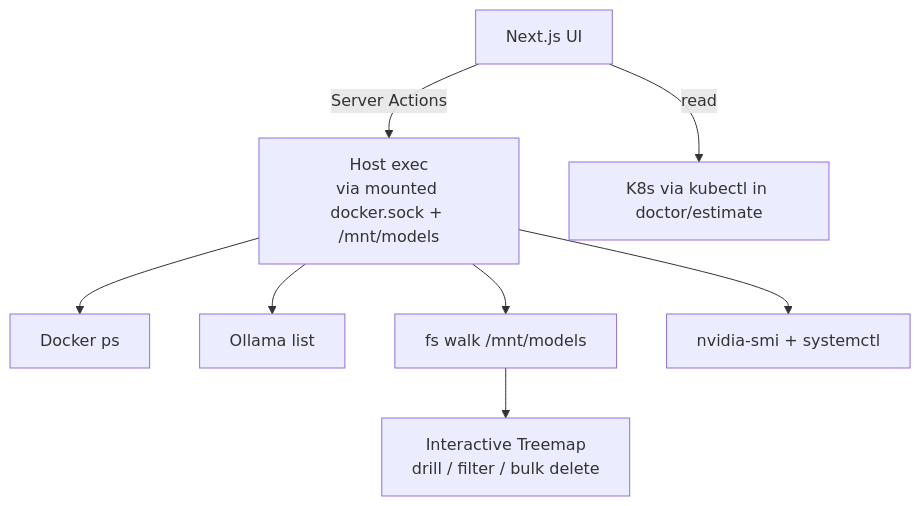
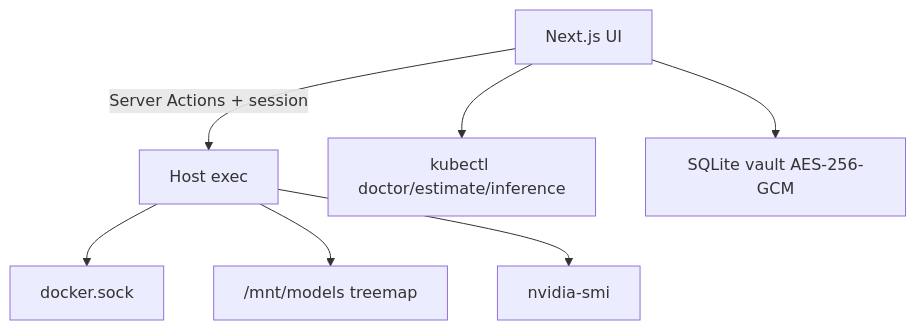
The fourth of 5 diagrams in docs/architecture.md (toxicoder/nvidia-dgx-spark-lab), drawn with Mermaid before and after one commit. The commit also changed other lines of this file and 132 other files, not shown here.

````diff
--- a/docs/architecture.md
+++ b/docs/architecture.md
@@ -71,10 +99,9 @@
 ```mermaid
 flowchart TD
-    UI[Next.js UI] -->|Server Actions| Host[Host exec<br/>via mounted docker.sock + /mnt/models]
-    Host --> Docker[Docker ps]
-    Host --> Ollama[Ollama list]
-    Host --> FS[fs walk /mnt/models]
-    Host --> Sys[nvidia-smi + systemctl]
-    FS --> Treemap[Interactive Treemap<br/>drill / filter / bulk delete]
-    UI -->|read| K8s[K8s via kubectl in doctor/estimate]
+    UI[Next.js UI] -->|Server Actions + session| Host[Host exec]
+    Host --> Docker[docker.sock]
+    Host --> FS["/mnt/models treemap"]
+    Host --> Sys[nvidia-smi]
+    UI --> K8s[kubectl doctor/estimate/inference]
+    UI --> Vault[SQLite vault AES-256-GCM]
 ```
````
